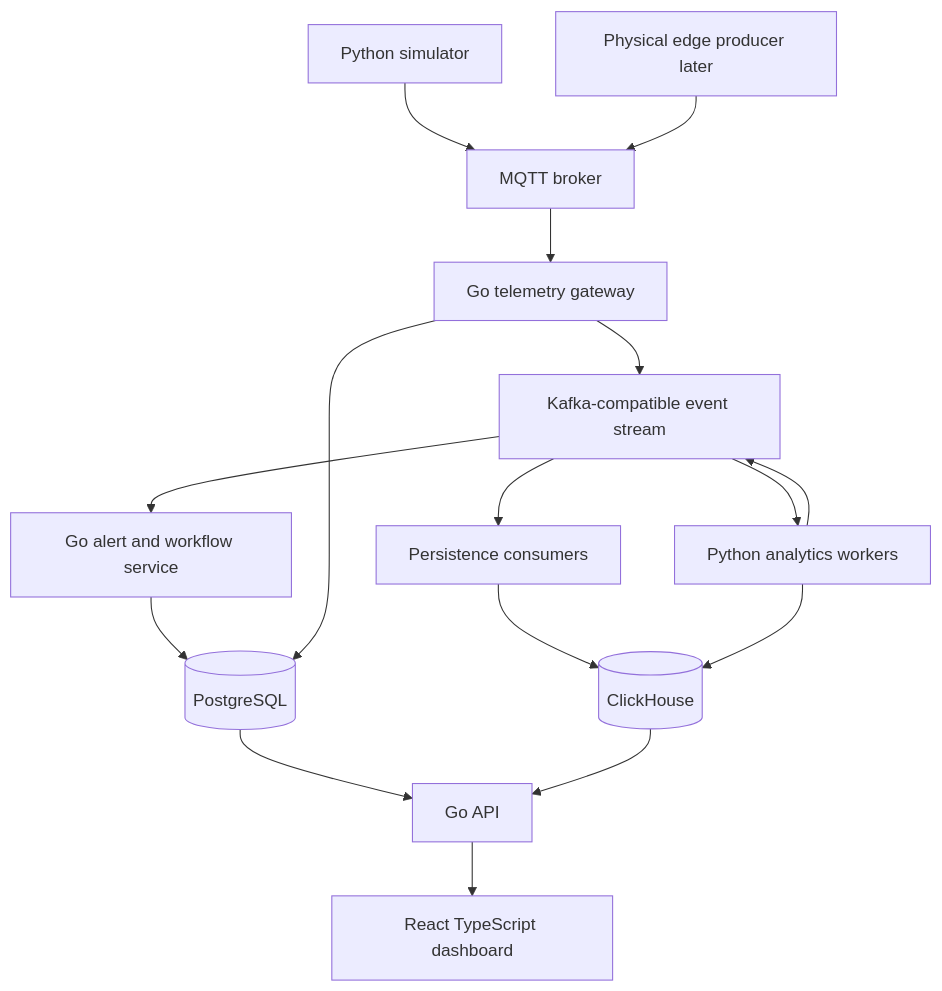
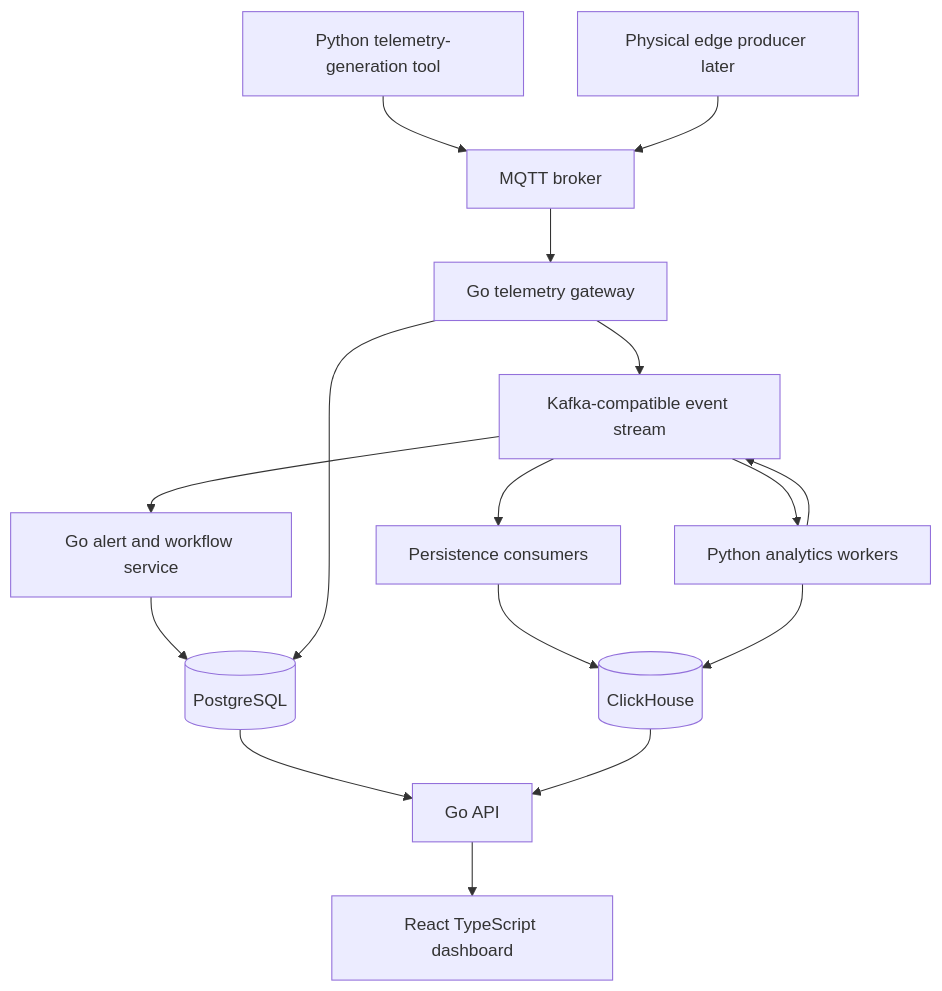
The diagram in docs/architecture/overview.md (gleniosp/machinepulse), drawn with Mermaid before and after one commit. The commit also changed other lines of this file and 27 other files, not shown here.

````diff
--- a/docs/architecture/overview.md
+++ b/docs/architecture/overview.md
@@ -22,21 +22,21 @@
 ```mermaid
 flowchart TD
-    Simulator[Python simulator] --> MQTT[MQTT broker]
+    Simulator[Python telemetry-generation tool] --> MQTT[MQTT broker]
     Edge[Physical edge producer later] --> MQTT
     MQTT --> Gateway[Go telemetry gateway]
     Gateway --> Stream[Kafka-compatible event stream]
 
     Stream --> Persistence[Persistence consumers]
     Stream --> Analytics[Python analytics workers]
     Stream --> Workflow[Go alert and workflow service]
 
     Persistence --> ClickHouse[(ClickHouse)]
     Analytics --> ClickHouse
     Analytics --> Stream
     Workflow --> PostgreSQL[(PostgreSQL)]
     Gateway --> PostgreSQL
 
     PostgreSQL --> API[Go API]
     ClickHouse --> API
     API --> Dashboard[React TypeScript dashboard]
 ```
````
